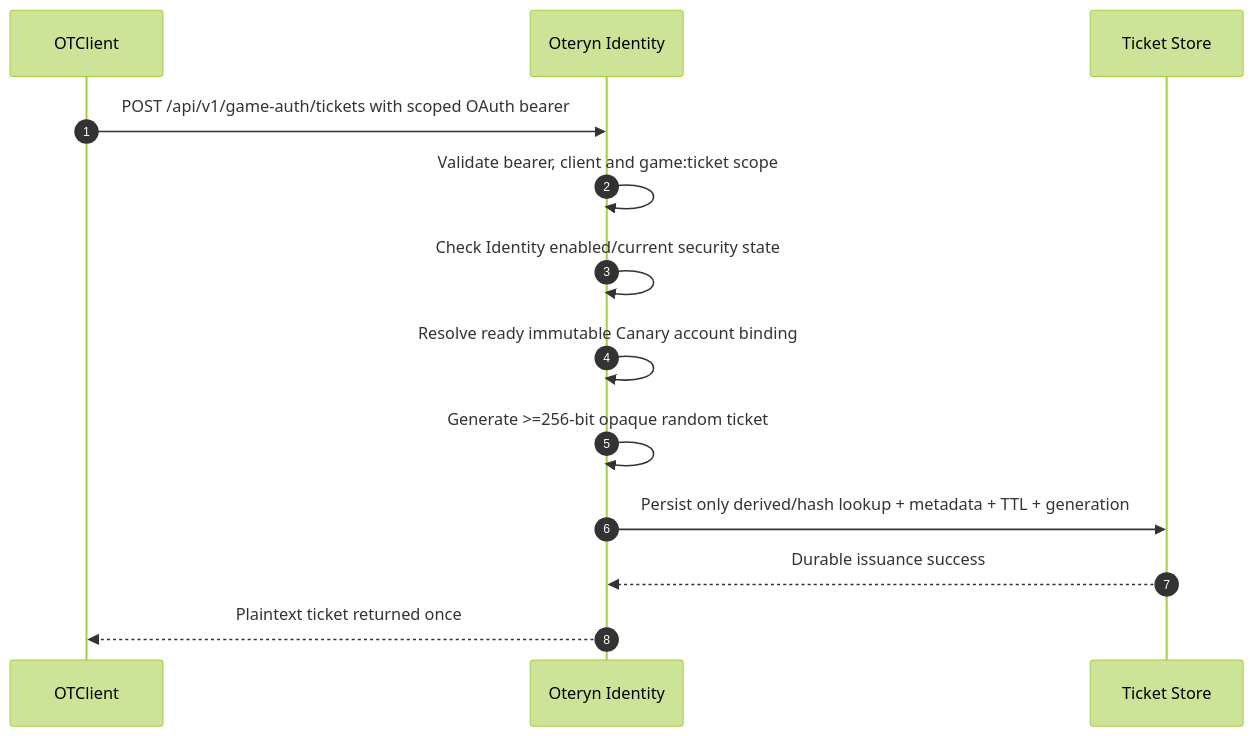
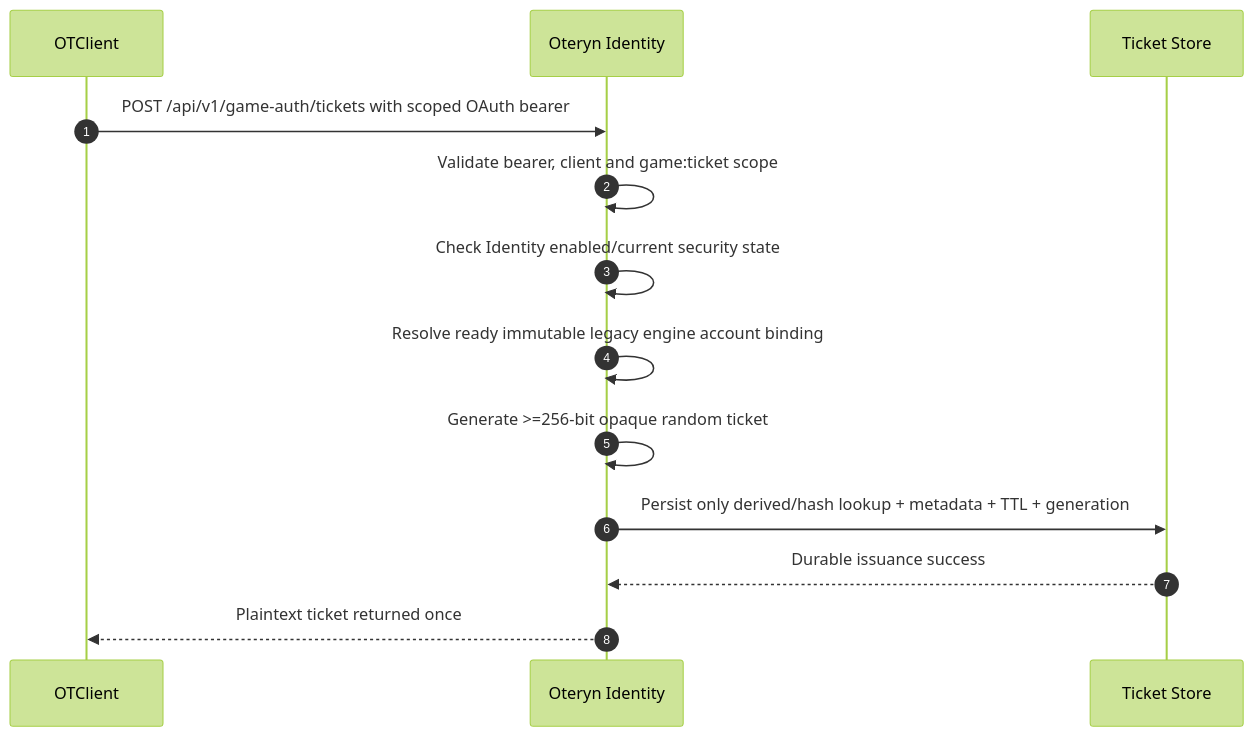
One commit to Oteryn/Oteryn-Platform changed the eighth of 24 diagrams in docs/architecture/GAME_AUTH_SEQUENCE_DIAGRAMS.md. Above: the diagram before and after it, drawn with Mermaid (forest theme). The commit also changed other lines of this file and 19 other files, not shown here.

````diff
--- a/docs/architecture/GAME_AUTH_SEQUENCE_DIAGRAMS.md
+++ b/docs/architecture/GAME_AUTH_SEQUENCE_DIAGRAMS.md
@@ -207,16 +207,16 @@
 ```mermaid
 sequenceDiagram
     autonumber
     participant C as OTClient
     participant I as Oteryn Identity
     participant T as Ticket Store
 
     C->>I: POST /api/v1/game-auth/tickets with scoped OAuth bearer
     I->>I: Validate bearer, client and game:ticket scope
     I->>I: Check Identity enabled/current security state
-    I->>I: Resolve ready immutable Canary account binding
+    I->>I: Resolve ready immutable legacy engine account binding
     I->>I: Generate >=256-bit opaque random ticket
     I->>T: Persist only derived/hash lookup + metadata + TTL + generation
     T-->>I: Durable issuance success
     I-->>C: Plaintext ticket returned once
 ```
````
